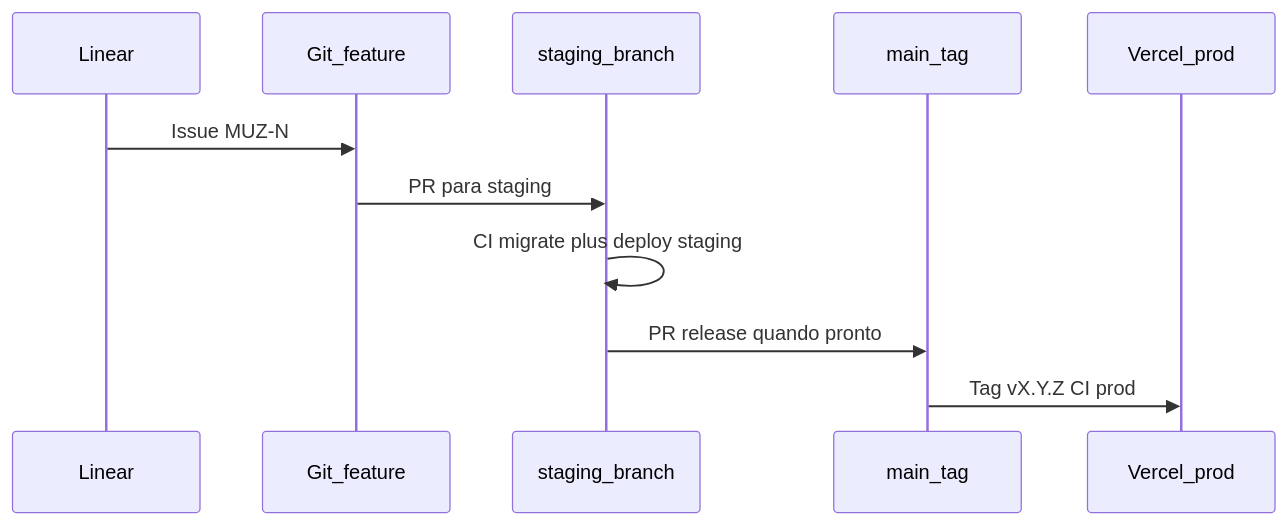
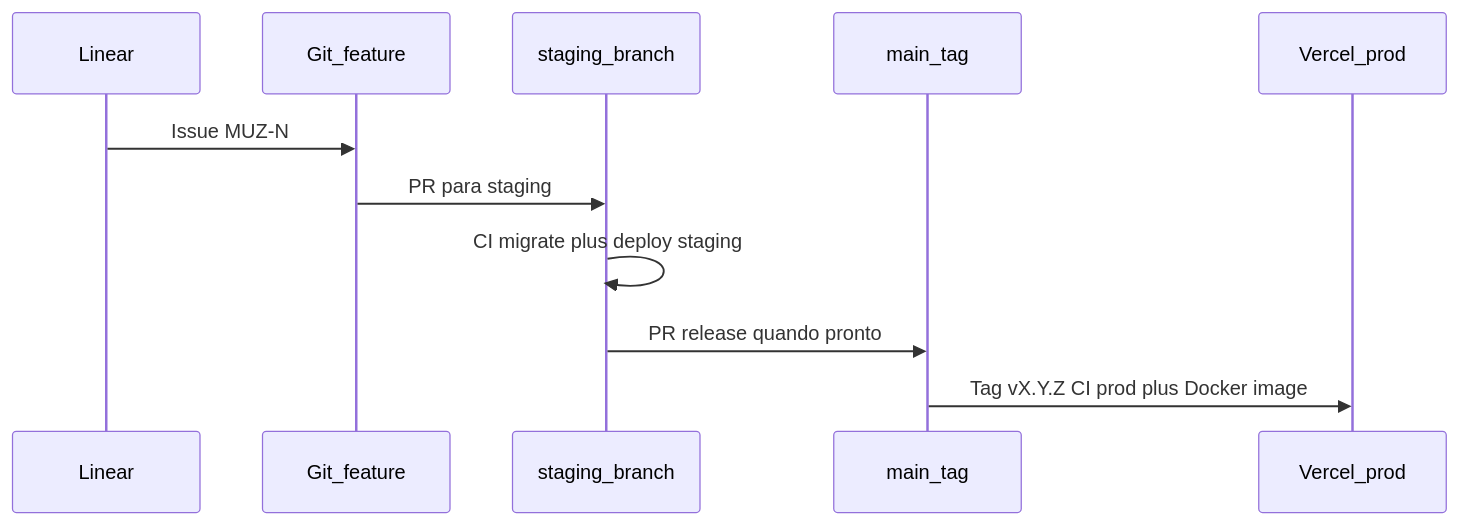
Before and after one commit to LucasArgate/muziks: the diagram in docs/tech/PROCESSO-DESENVOLVIMENTO.md, drawn with Mermaid. The commit also changed other lines of this file and 4 other files, not shown here.

````diff
--- a/docs/tech/PROCESSO-DESENVOLVIMENTO.md
+++ b/docs/tech/PROCESSO-DESENVOLVIMENTO.md
@@ -146,14 +150,14 @@
 ```mermaid
 sequenceDiagram
   participant L as Linear
   participant G as Git_feature
   participant S as staging_branch
   participant M as main_tag
   participant V as Vercel_prod
 
   L->>G: Issue MUZ-N
   G->>S: PR para staging
   S->>S: CI migrate plus deploy staging
   S->>M: PR release quando pronto
-  M->>V: Tag vX.Y.Z CI prod
+  M->>V: Tag vX.Y.Z CI prod plus Docker image
 ```
````
